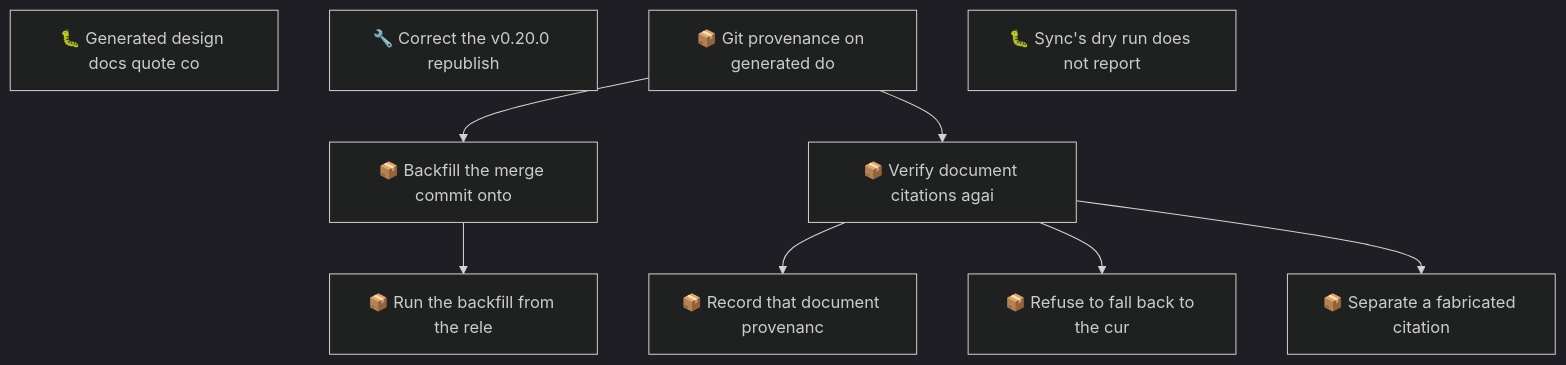
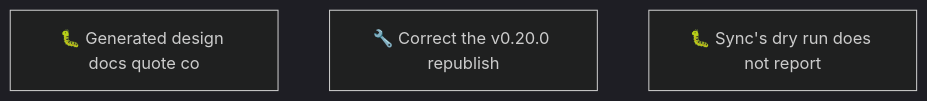
One commit to SpillwaveSolutions/wiki_ticket_sdd changed the second of 2 diagrams in docs/roadmap.md. Above: the diagram before and after it, drawn with Mermaid (dark theme). The commit also changed other lines of this file and 104 other files, not shown here.

First line of the commit message:
feat(provenance): backfill merge commits and verify citations against them (01KZ30X6JEF29Z5AEEWXBSJWHV)

````diff
--- a/docs/roadmap.md
+++ b/docs/roadmap.md
@@ -84,19 +55,6 @@
 ```mermaid
 graph TD
     01KZ2M75CEXBQHFN1AG1Z8A2YB["🐛 Generated design docs quote co"]
     01KZ2PJZF067ZS4YW231C1FM28["🔧 Correct the v0.20.0 republish"]
-    01KZ30X6HZ6FKJXJX386J44CB1["📦 Git provenance on generated do"]
-    01KZ30X6JE0QSQF6BE8S0YRPBW["📦 Backfill the merge commit onto"]
-    01KZ30X6JE8542ERDW1B8A9P8H["📦 Run the backfill from the rele"]
-    01KZ30X6JEBXN08HQTQ77ESSTV["📦 Record that document provenanc"]
-    01KZ30X6JEETVQZG7YYFM7B998["📦 Refuse to fall back to the cur"]
-    01KZ30X6JEF29Z5AEEWXBSJWHV["📦 Verify document citations agai"]
-    01KZ30X6JEWCD74E81Y555DAYP["📦 Separate a fabricated citation"]
     01KZ31DGAQ2YDP6RMEMVNAWABH["🐛 Sync's dry run does not report"]
-    01KZ30X6HZ6FKJXJX386J44CB1 --> 01KZ30X6JE0QSQF6BE8S0YRPBW
-    01KZ30X6JE0QSQF6BE8S0YRPBW --> 01KZ30X6JE8542ERDW1B8A9P8H
-    01KZ30X6JEF29Z5AEEWXBSJWHV --> 01KZ30X6JEBXN08HQTQ77ESSTV
-    01KZ30X6JEF29Z5AEEWXBSJWHV --> 01KZ30X6JEETVQZG7YYFM7B998
-    01KZ30X6HZ6FKJXJX386J44CB1 --> 01KZ30X6JEF29Z5AEEWXBSJWHV
-    01KZ30X6JEF29Z5AEEWXBSJWHV --> 01KZ30X6JEWCD74E81Y555DAYP
 ```
````
